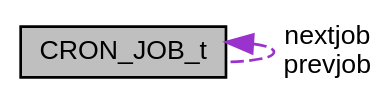
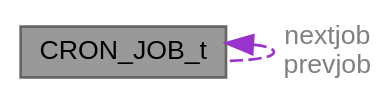
The diagram in struct_c_r_o_n___j_o_b__t__coll__graph.dot (ebs-universe/piolib-time), drawn with Graphviz before and after one commit. The commit also changed 516 other files, not shown here.

```diff
--- a/struct_c_r_o_n___j_o_b__t__coll__graph.dot
+++ b/struct_c_r_o_n___j_o_b__t__coll__graph.dot
@@ -1,10 +1,10 @@
 digraph "CRON_JOB_t"
 {
  // INTERACTIVE_SVG=YES
  // LATEX_PDF_SIZE
   bgcolor="transparent";
-  edge [fontname="Helvetica",fontsize="10",labelfontname="Helvetica",labelfontsize="10"];
-  node [fontname="Helvetica",fontsize="10",shape=record];
-  Node1 [label="CRON_JOB_t",height=0.2,width=0.4,color="black", fillcolor="grey75", style="filled", fontcolor="black",tooltip=" "];
-  Node1 -> Node1 [dir="back",color="darkorchid3",fontsize="10",style="dashed",label=" nextjob\nprevjob" ,fontname="Helvetica"];
+  edge [fontname=Helvetica,fontsize=10,labelfontname=Helvetica,labelfontsize=10];
+  node [fontname=Helvetica,fontsize=10,shape=box,height=0.2,width=0.4];
+  Node1 [id="Node000001",label="CRON_JOB_t",height=0.2,width=0.4,color="gray40", fillcolor="grey60", style="filled", fontcolor="black",tooltip=" "];
+  Node1 -> Node1 [id="edge1_Node000001_Node000001",dir="back",color="darkorchid3",style="dashed",tooltip=" ",label=" nextjob\nprevjob",fontcolor="grey" ];
 }
```
